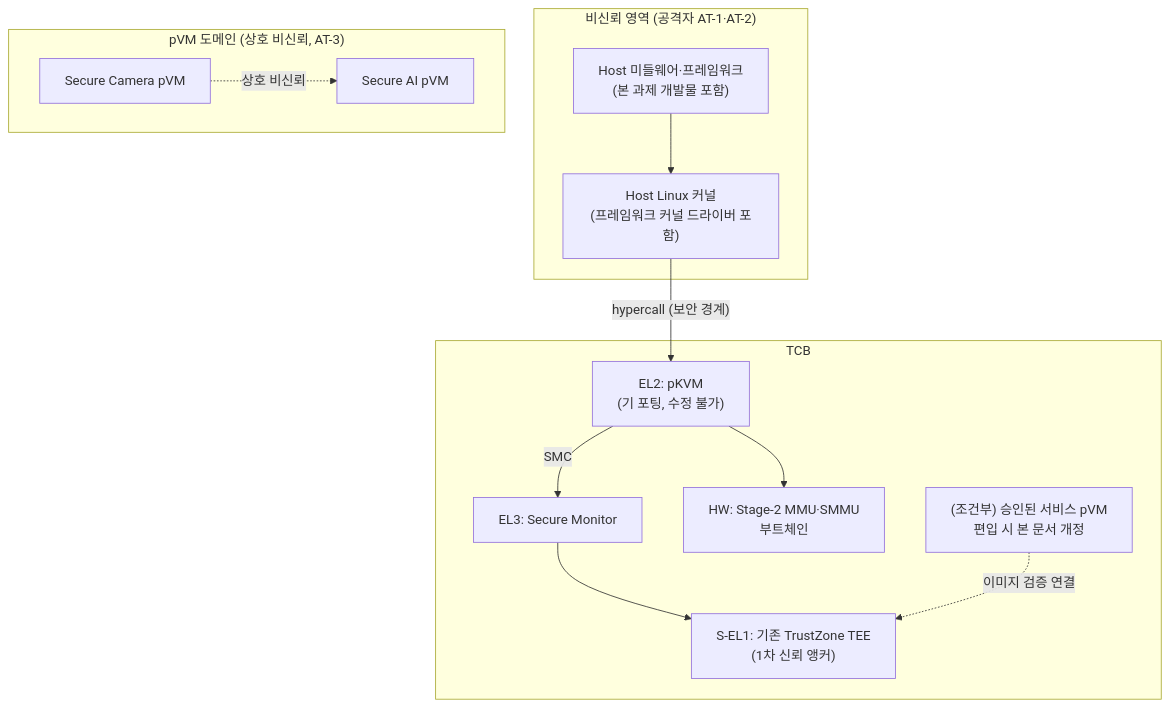
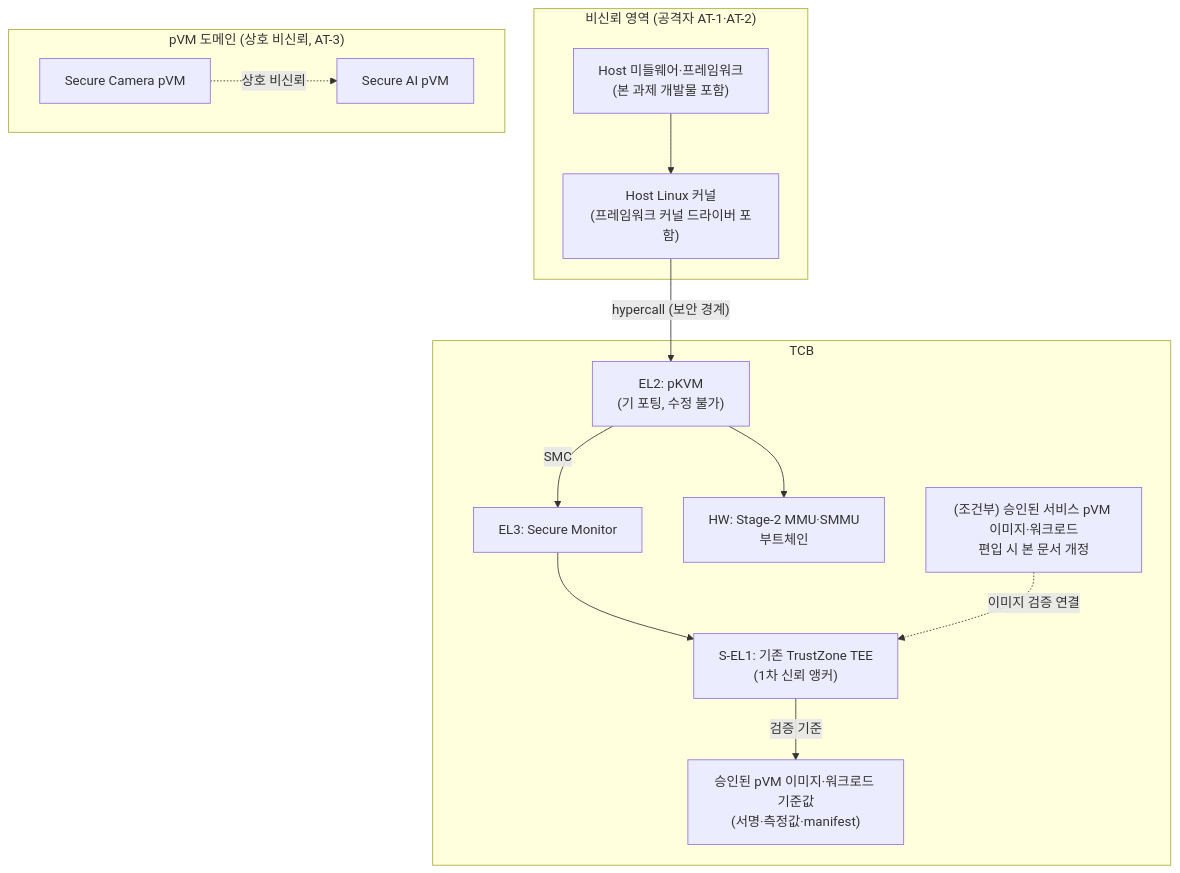
Before and after one commit to boram1288/test-p: the diagram in docs/DP/DP-C-01.md, drawn with Mermaid. The commit also changed other lines of this file, not shown here.

````diff
--- a/docs/DP/DP-C-01.md
+++ b/docs/DP/DP-C-01.md
@@ -200,26 +201,28 @@
 ```mermaid
 flowchart TB
     subgraph untrusted["비신뢰 영역 (공격자 AT-1·AT-2)"]
         APP["Host 미들웨어·프레임워크<br/>(본 과제 개발물 포함)"]
         KERN["Host Linux 커널<br/>(프레임워크 커널 드라이버 포함)"]
     end
     subgraph pvms["pVM 도메인 (상호 비신뢰, AT-3)"]
         CAM["Secure Camera pVM"]
         AI["Secure AI pVM"]
     end
     subgraph tcb["TCB"]
         EL2["EL2: pKVM<br/>(기 포팅, 수정 불가)"]
         EL3["EL3: Secure Monitor"]
         TEE["S-EL1: 기존 TrustZone TEE<br/>(1차 신뢰 앵커)"]
+        BASE["승인된 pVM 이미지·워크로드 기준값<br/>(서명·측정값·manifest)"]
         HW["HW: Stage-2 MMU·SMMU<br/>부트체인"]
-        SVC["(조건부) 승인된 서비스 pVM<br/>편입 시 본 문서 개정"]
+        SVC["(조건부) 승인된 서비스 pVM 이미지·워크로드<br/>편입 시 본 문서 개정"]
     end
 
     APP --> KERN
     KERN -->|"hypercall (보안 경계)"| EL2
     CAM -.->|"상호 비신뢰"| AI
     EL2 --> HW
     EL2 -->|"SMC"| EL3
     EL3 --> TEE
+    TEE -->|"검증 기준"| BASE
     SVC -.->|"이미지 검증 연결"| TEE
 ```
````
